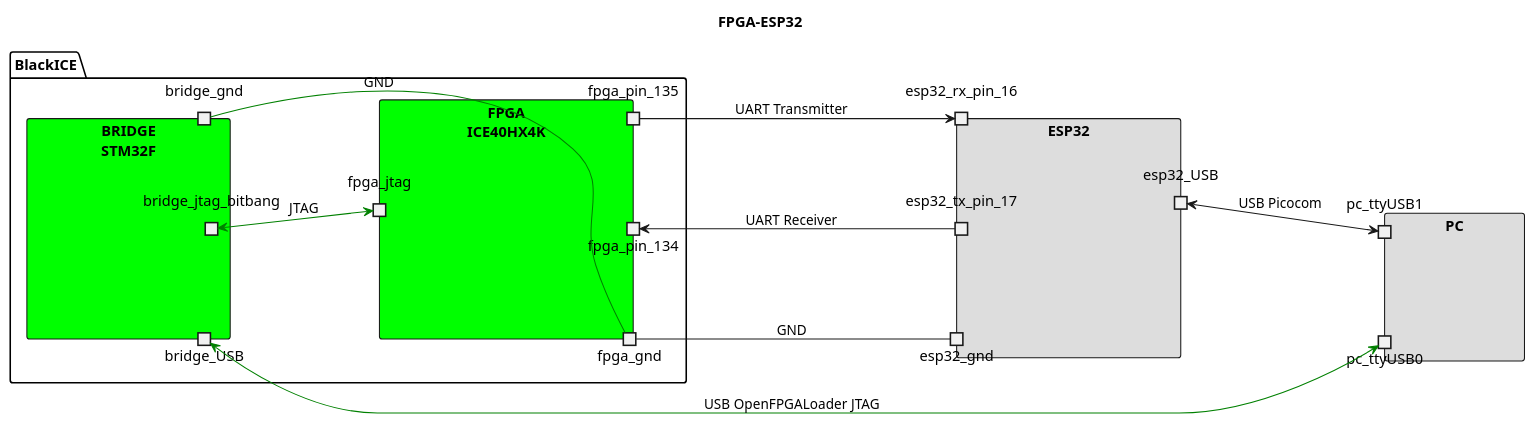
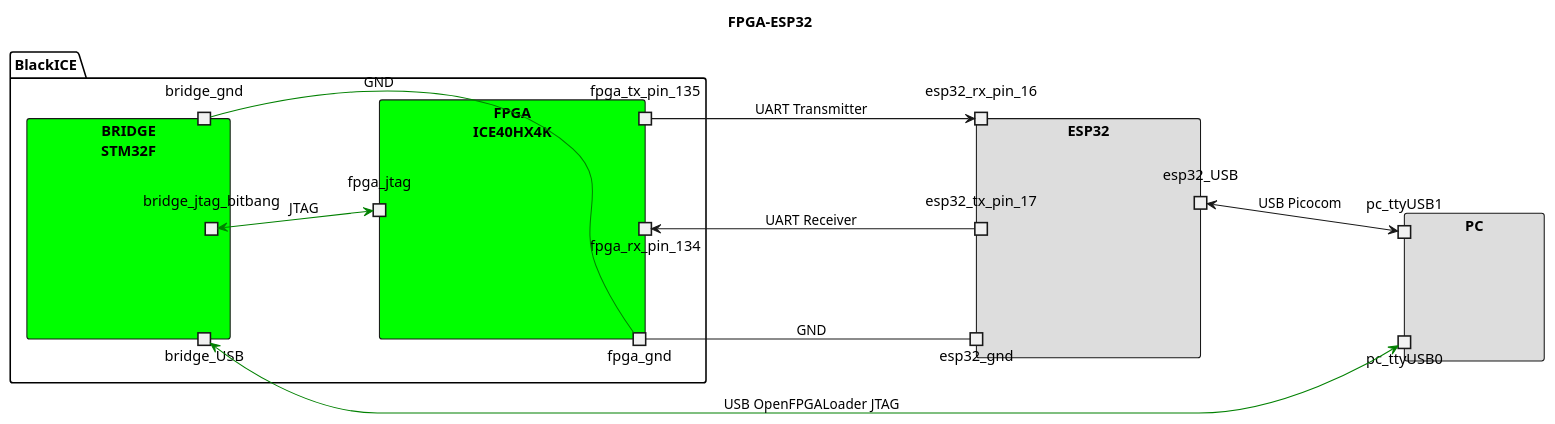
One commit to johnnycubides/digital-electronic-1-101 changed the diagram in fpga-example/ice40-hx4k-MyStorm-BlackIce-Mx/femtoriscv/docs/soc-esp32_fpga_bridge.pu. Above: the diagram before and after it, drawn with PlantUML. The commit also changed 7 other files, not shown here.

```diff
--- a/fpga-example/ice40-hx4k-MyStorm-BlackIce-Mx/femtoriscv/docs/soc-esp32_fpga_bridge.pu
+++ b/fpga-example/ice40-hx4k-MyStorm-BlackIce-Mx/femtoriscv/docs/soc-esp32_fpga_bridge.pu
@@ -1,43 +1,43 @@
 @startuml
 title FPGA-ESP32
 left to right direction
 skinparam componentStyle rectangle
 
 package "BlackICE" {
   [FPGA\nICE40HX4K]
   [BRIDGE\nSTM32F]
 }
 component FPGA\nICE40HX4K #lime {
   portout fpga_gnd
-  portout fpga_pin_134
-  portout fpga_pin_135
+  portout fpga_rx_pin_134
+  portout fpga_tx_pin_135
   portin fpga_jtag
 }
 
 component BRIDGE\nSTM32F #lime {
   portout bridge_USB
   portout bridge_jtag_bitbang
   portout bridge_gnd
 }
 
 component ESP32 #ddd{
   portin esp32_gnd
   portin esp32_tx_pin_17
   portin esp32_rx_pin_16
   portout esp32_USB
 }
 
 component PC #ddd {
   portin pc_ttyUSB0
   portin pc_ttyUSB1
 }
 
 fpga_gnd -- esp32_gnd: GND
-fpga_pin_135 --> esp32_rx_pin_16: UART Transmitter
-fpga_pin_134 <-- esp32_tx_pin_17: UART Receiver
+fpga_tx_pin_135 --> esp32_rx_pin_16: UART Transmitter
+fpga_rx_pin_134 <-- esp32_tx_pin_17: UART Receiver
 esp32_USB <--> pc_ttyUSB1: USB Picocom
 bridge_USB <--> pc_ttyUSB0 #green : USB OpenFPGALoader JTAG
 bridge_jtag_bitbang <--> fpga_jtag #green : JTAG
 bridge_gnd -- fpga_gnd #green : GND
 
 @enduml
```
